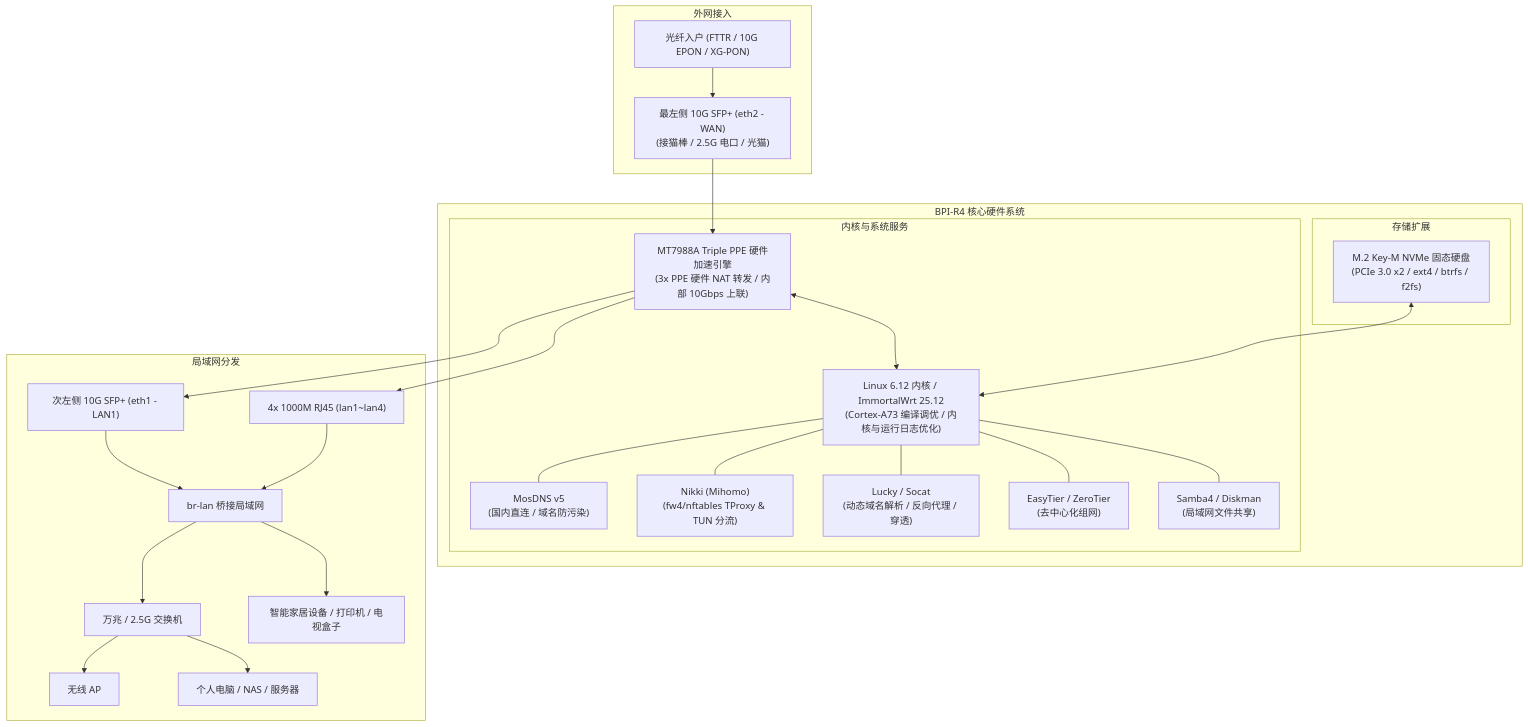
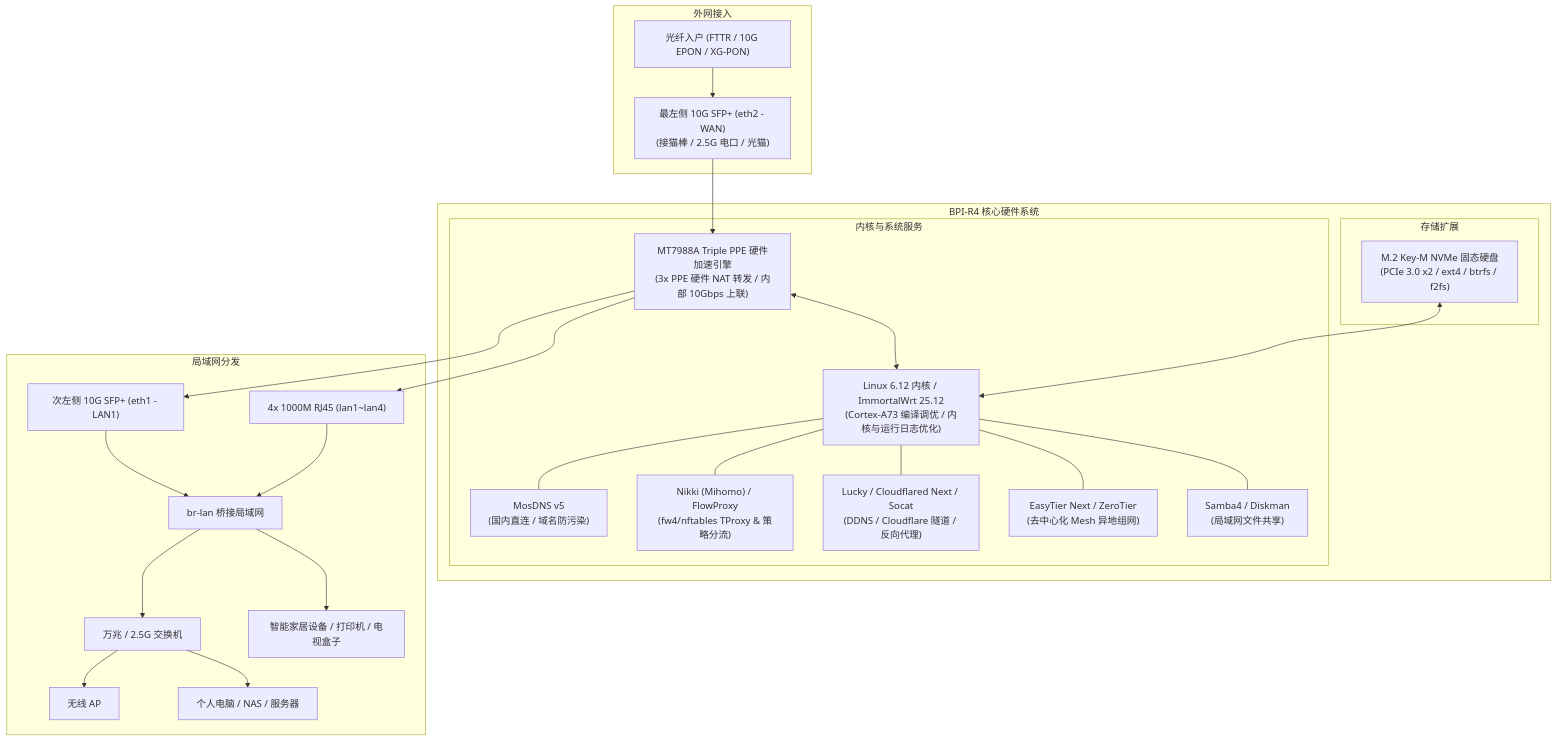
The diagram in README.md (Apocalypse-Long/bpi-r4-builder), drawn with Mermaid before and after one commit. The commit also changed other lines of this file and 2 other files, not shown here.

Commit message:
feat: switch to 0x5826/openwrt-packages-extras feed for EasyTier Next, Lucky, Cloudflared Next, and FlowProxy

````diff
--- a/README.md
+++ b/README.md
@@ -48,33 +48,33 @@
 ```mermaid
 flowchart TD
     subgraph 外网接入
         WAN_IN["光纤入户 (FTTR / 10G EPON / XG-PON)"] --> SFP1["最左侧 10G SFP+ (eth2 - WAN)\n(接猫棒 / 2.5G 电口 / 光猫)"]
     end
 
     subgraph BPI-R4 核心硬件系统
         SFP1 --> PPE["MT7988A Triple PPE 硬件加速引擎\n(3x PPE 硬件 NAT 转发 / 内部 10Gbps 上联)"]
         
         subgraph 内核与系统服务
             PPE <--> KERNEL["Linux 6.12 内核 / ImmortalWrt 25.12\n(Cortex-A73 编译调优 / 内核与运行日志优化)"]
             KERNEL --- MOSDNS["MosDNS v5\n(国内直连 / 域名防污染)"]
-            KERNEL --- NIKKI["Nikki (Mihomo)\n(fw4/nftables TProxy & TUN 分流)"]
-            KERNEL --- LUCKY["Lucky / Socat\n(动态域名解析 / 反向代理 / 穿透)"]
-            KERNEL --- EASYTIER["EasyTier / ZeroTier\n(去中心化组网)"]
+            KERNEL --- NIKKI["Nikki (Mihomo) / FlowProxy\n(fw4/nftables TProxy & 策略分流)"]
+            KERNEL --- LUCKY["Lucky / Cloudflared Next / Socat\n(DDNS / Cloudflare 隧道 / 反向代理)"]
+            KERNEL --- EASYTIER["EasyTier Next / ZeroTier\n(去中心化 Mesh 异地组网)"]
             KERNEL --- SAMBA["Samba4 / Diskman\n(局域网文件共享)"]
         end
 
         subgraph 存储扩展
             NVME["M.2 Key-M NVMe 固态硬盘\n(PCIe 3.0 x2 / ext4 / btrfs / f2fs)"] <--> KERNEL
         end
     end
 
     subgraph 局域网分发
         PPE --> SFP2["次左侧 10G SFP+ (eth1 - LAN1)"]
         PPE --> RJ45["4x 1000M RJ45 (lan1~lan4)"]
         SFP2 & RJ45 --> BRLAN["br-lan 桥接局域网"]
         BRLAN --> SWITCH["万兆 / 2.5G 交换机"]
         SWITCH --> AP["无线 AP"]
         SWITCH --> PC["个人电脑 / NAS / 服务器"]
         BRLAN --> IOT["智能家居设备 / 打印机 / 电视盒子"]
     end
 ```
````
